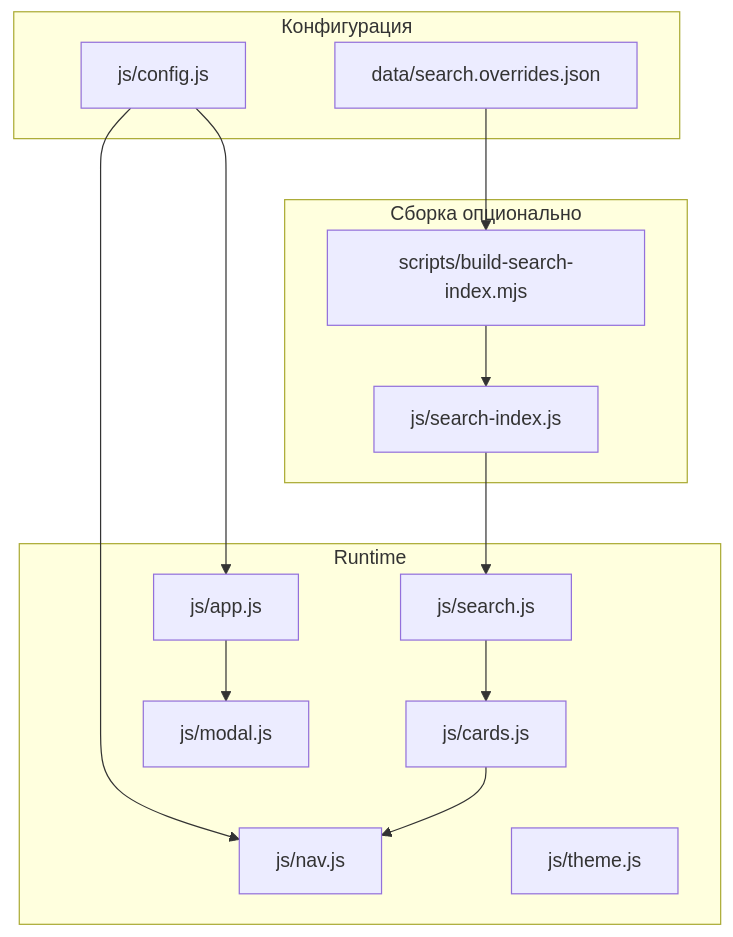
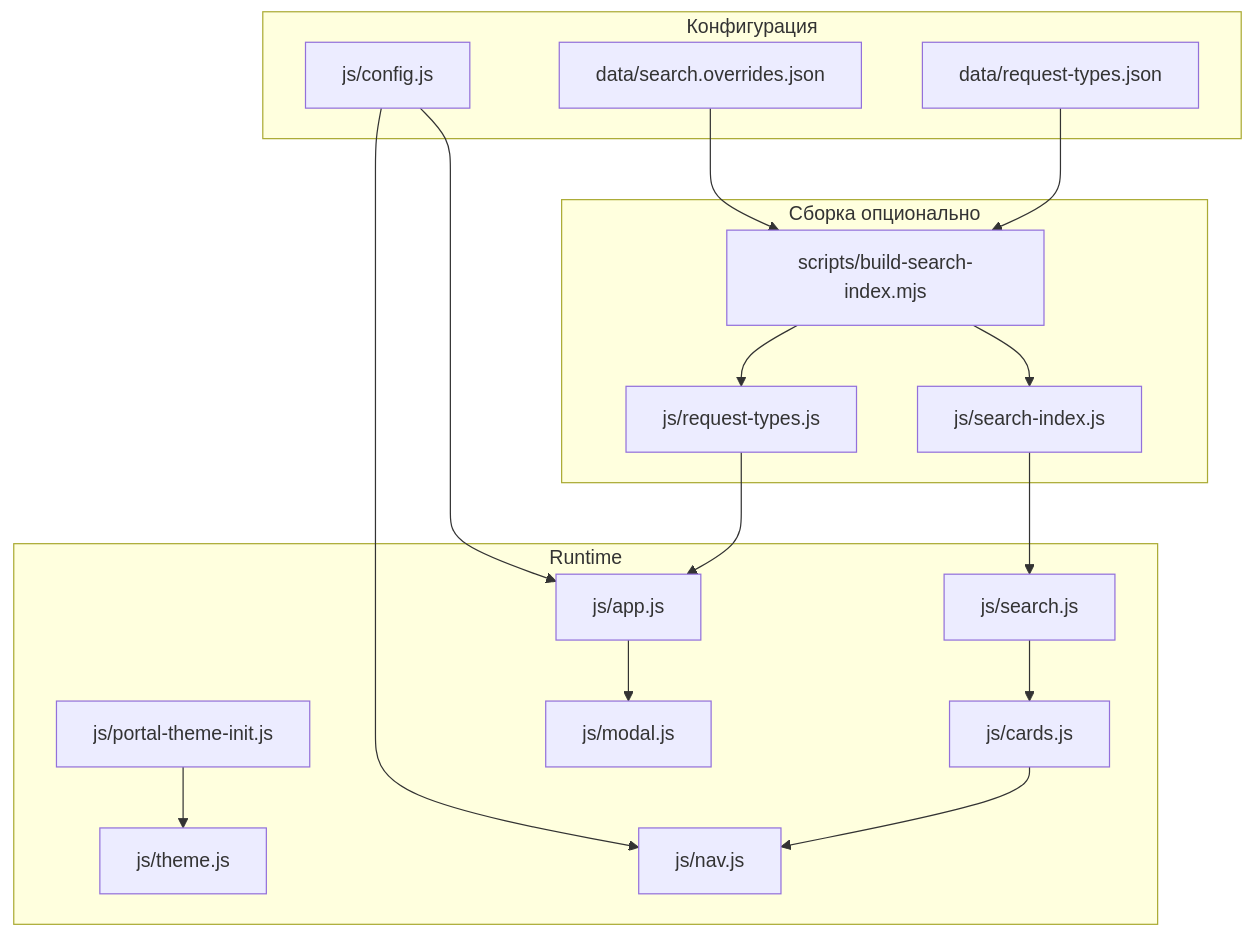
Before and after one commit to AndrewZhuZha/21vek-test: the first of 2 diagrams in docs/IMPROVEMENTS.md, drawn with Mermaid. The commit also changed other lines of this file and 11 other files, not shown here.

````diff
--- a/docs/IMPROVEMENTS.md
+++ b/docs/IMPROVEMENTS.md
@@ -34,30 +42,37 @@
 ```mermaid
 flowchart TB
     subgraph config [Конфигурация]
         PortalConfig[js/config.js]
         Overrides[data/search.overrides.json]
+        RequestTypes[data/request-types.json]
     end
 
     subgraph build [Сборка опционально]
         BuildScript[scripts/build-search-index.mjs]
         SearchIndex[js/search-index.js]
+        RequestTypesJs[js/request-types.js]
         BuildScript --> SearchIndex
+        BuildScript --> RequestTypesJs
     end
 
     subgraph runtime [Runtime]
+        ThemeInit[js/portal-theme-init.js]
         App[js/app.js]
         Search[js/search.js]
         Cards[js/cards.js]
         Modal[js/modal.js]
         Nav[js/nav.js]
         Theme[js/theme.js]
     end
 
+    RequestTypes --> BuildScript
     PortalConfig --> App
     PortalConfig --> Nav
     Overrides --> BuildScript
+    RequestTypesJs --> App
     SearchIndex --> Search
     Search --> Cards
     App --> Modal
     Cards --> Nav
+    ThemeInit --> Theme
 ```
````
